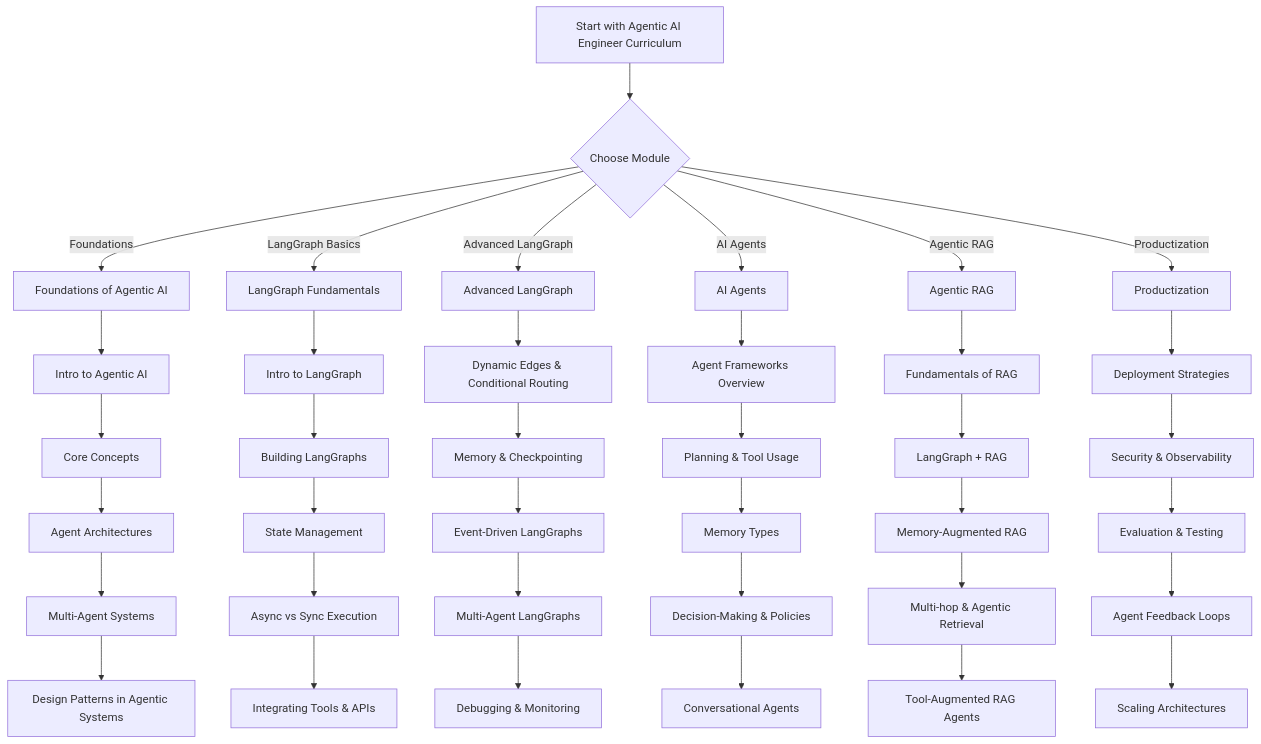
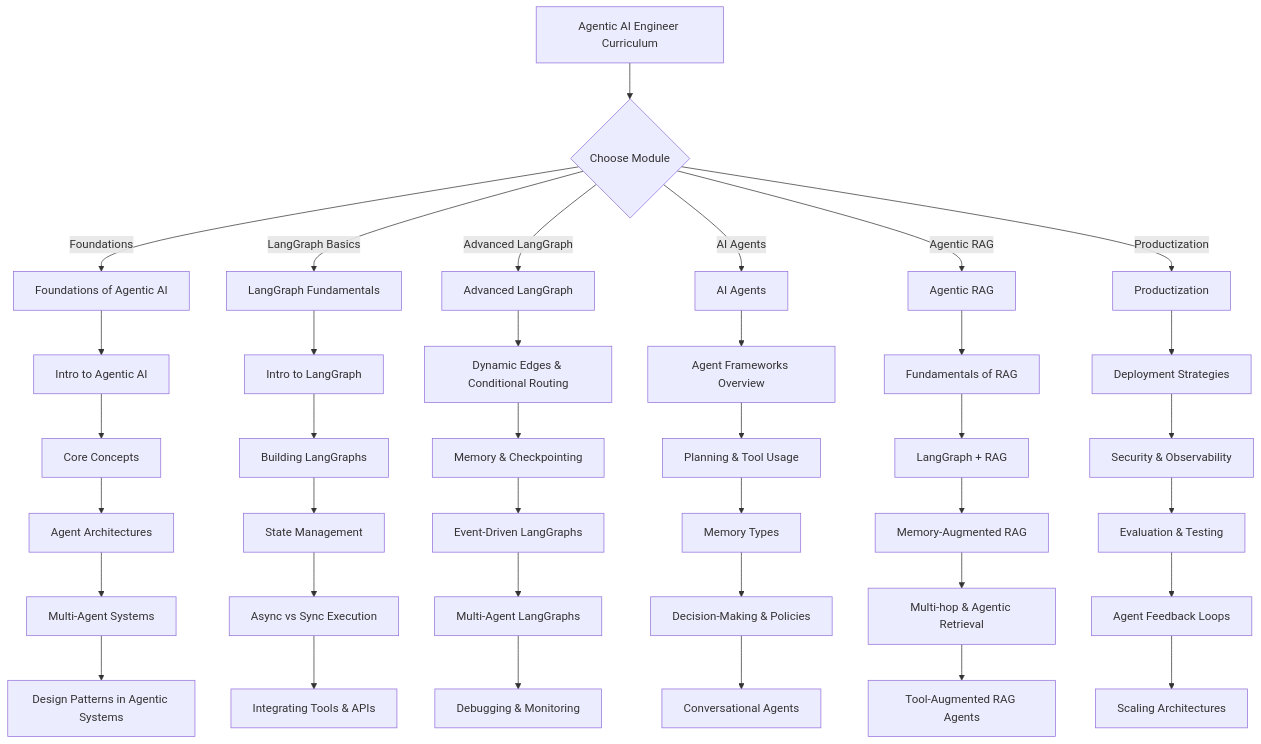
One commit to mohd-faizy/Agentic_AI_using_LangGraph changed the diagram in README.md. Above: the diagram before and after it, drawn with Mermaid. The commit also changed other lines of this file, not shown here.

````diff
--- a/README.md
+++ b/README.md
@@ -54,47 +54,47 @@
 ```mermaid
 graph TD
-    A[Start with Agentic AI Engineer Curriculum] --> B{Choose Module}
+    A[Agentic AI Engineer Curriculum] --> B{Choose Module}
     
     B -->|Foundations| C[Foundations of Agentic AI]
     C --> C1[Intro to Agentic AI]
     C1 --> C2[Core Concepts]
     C2 --> C3[Agent Architectures]
     C3 --> C4[Multi-Agent Systems]
     C4 --> C5[Design Patterns in Agentic Systems]
 
     B -->|LangGraph Basics| D[LangGraph Fundamentals]
     D --> D1[Intro to LangGraph]
     D1 --> D2[Building LangGraphs]
     D2 --> D3[State Management]
     D3 --> D4[Async vs Sync Execution]
     D4 --> D5[Integrating Tools & APIs]
 
     B -->|Advanced LangGraph| E[Advanced LangGraph]
     E --> E1[Dynamic Edges & Conditional Routing]
     E1 --> E2[Memory & Checkpointing]
     E2 --> E3[Event-Driven LangGraphs]
     E3 --> E4[Multi-Agent LangGraphs]
     E4 --> E5[Debugging & Monitoring]
 
     B -->|AI Agents| F[AI Agents]
     F --> F1[Agent Frameworks Overview]
     F1 --> F2[Planning & Tool Usage]
     F2 --> F3[Memory Types]
     F3 --> F4[Decision-Making & Policies]
     F4 --> F5[Conversational Agents]
 
     B -->|Agentic RAG| G[Agentic RAG]
     G --> G1[Fundamentals of RAG]
     G1 --> G2[LangGraph + RAG]
     G2 --> G3[Memory-Augmented RAG]
     G3 --> G4[Multi-hop & Agentic Retrieval]
     G4 --> G5[Tool-Augmented RAG Agents]
 
     B -->|Productization| H[Productization]
     H --> H1[Deployment Strategies]
     H1 --> H2[Security & Observability]
     H2 --> H3[Evaluation & Testing]
     H3 --> H4[Agent Feedback Loops]
     H4 --> H5[Scaling Architectures]
 
 ```
````
